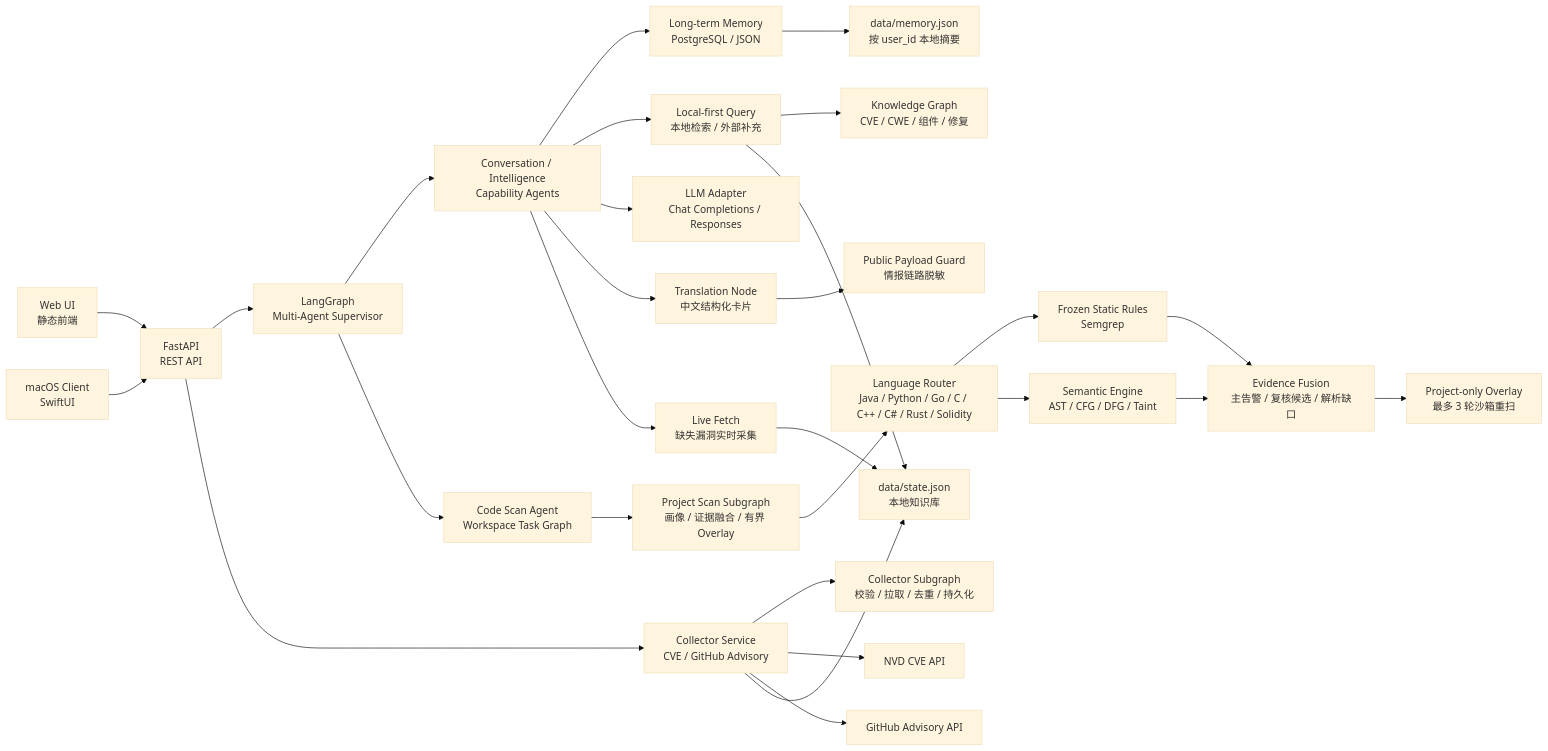
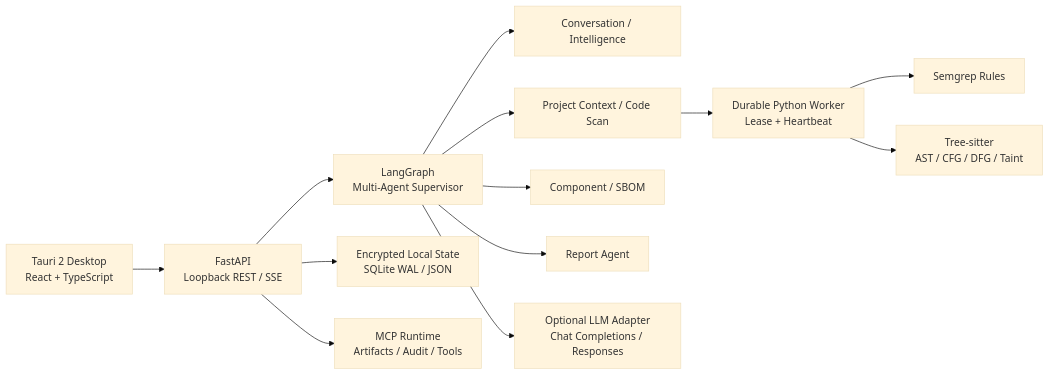
Before and after one commit to FuNianTongXue/AegisAl: the diagram in README.md, drawn with Mermaid (base theme). The commit also changed other lines of this file and 223 other files, not shown here.

Commit message:
feat: publish desktop fixes and offline translation runtime

````diff
--- a/README.md
+++ b/README.md
@@ -138,30 +48,15 @@
 ```mermaid
 flowchart LR
-  UI["Web UI<br/>静态前端"] --> API["FastAPI<br/>REST API"]
-  API --> SUPERVISOR["LangGraph<br/>Multi-Agent Supervisor"]
-  SUPERVISOR --> GRAPH["Conversation / Intelligence<br/>Capability Agents"]
-  SUPERVISOR --> TASK["Code Scan Agent<br/>Workspace Task Graph"]
-  API --> COLLECTOR["Collector Service<br/>CVE / GitHub Advisory"]
-  MAC["macOS Client<br/>SwiftUI"] --> API
-  COLLECTOR --> CGRAPH["Collector Subgraph<br/>校验 / 拉取 / 去重 / 持久化"]
-  GRAPH --> MEMORY["Long-term Memory<br/>PostgreSQL / JSON"]
-  GRAPH --> SEARCH["Local-first Query<br/>本地检索 / 外部补充"]
-  SEARCH --> KGRAPH["Knowledge Graph<br/>CVE / CWE / 组件 / 修复"]
-  GRAPH --> LLM["LLM Adapter<br/>Chat Completions / Responses"]
-  GRAPH --> TRANS["Translation Node<br/>中文结构化卡片"]
-  TASK --> ADAPT["Project Scan Subgraph<br/>画像 / 证据融合 / 有界 Overlay"]
-  ADAPT --> ROUTER["Language Router<br/>Java / Python / Go / C / C++ / C# / Rust / Solidity"]
-  ROUTER --> STATIC["Frozen Static Rules<br/>Semgrep"]
-  ROUTER --> SEMANTIC["Semantic Engine<br/>AST / CFG / DFG / Taint"]
-  STATIC --> FUSION["Evidence Fusion<br/>主告警 / 复核候选 / 解析缺口"]
-  SEMANTIC --> FUSION
-  FUSION --> OVERLAY["Project-only Overlay<br/>最多 3 轮沙箱重扫"]
-  TRANS --> PRIVACY["Public Payload Guard<br/>情报链路脱敏"]
-  GRAPH --> LIVE["Live Fetch<br/>缺失漏洞实时采集"]
-  COLLECTOR --> NVD["NVD CVE API"]
-  COLLECTOR --> GHSA["GitHub Advisory API"]
-  SEARCH --> STORE["data/state.json<br/>本地知识库"]
-  LIVE --> STORE
-  COLLECTOR --> STORE
-  MEMORY --> LOCALMEM["data/memory.json<br/>按 user_id 本地摘要"]
+  UI["Tauri 2 Desktop<br/>React + TypeScript"] --> API["FastAPI<br/>Loopback REST / SSE"]
+  API --> SUP["LangGraph<br/>Multi-Agent Supervisor"]
+  SUP --> CHAT["Conversation / Intelligence"]
+  SUP --> SCAN["Project Context / Code Scan"]
+  SUP --> COMP["Component / SBOM"]
+  SUP --> REPORT["Report Agent"]
+  SCAN --> WORKER["Durable Python Worker<br/>Lease + Heartbeat"]
+  WORKER --> SEMGREP["Semgrep Rules"]
+  WORKER --> SEMANTIC["Tree-sitter<br/>AST / CFG / DFG / Taint"]
+  API --> STORE["Encrypted Local State<br/>SQLite WAL / JSON"]
+  API --> MCP["MCP Runtime<br/>Artifacts / Audit / Tools"]
+  SUP --> LLM["Optional LLM Adapter<br/>Chat Completions / Responses"]
 ```
````
